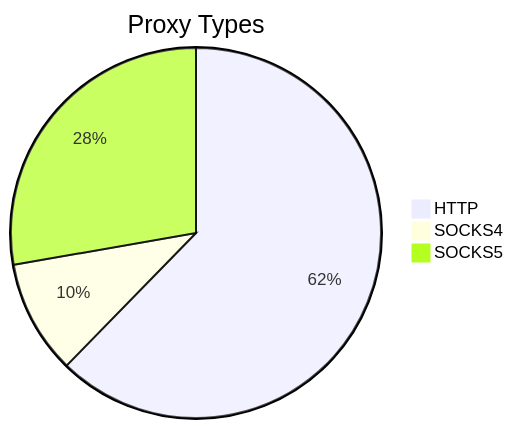
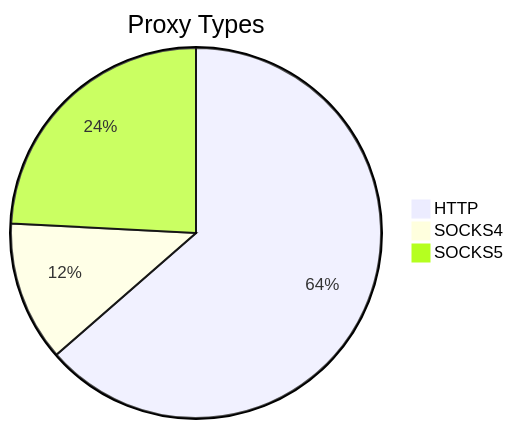
Before and after one commit to stormsia/proxy-list: the first of 2 diagrams in README.md, drawn with Mermaid. The commit also changed other lines of this file, not shown here.

````diff
--- a/README.md
+++ b/README.md
@@ -21,6 +21,6 @@
 ```mermaid
 pie title Proxy Types
-    "HTTP" : 238
-    "SOCKS4" : 38
-    "SOCKS5" : 106
+    "HTTP" : 213
+    "SOCKS4" : 41
+    "SOCKS5" : 81
 ```
````
